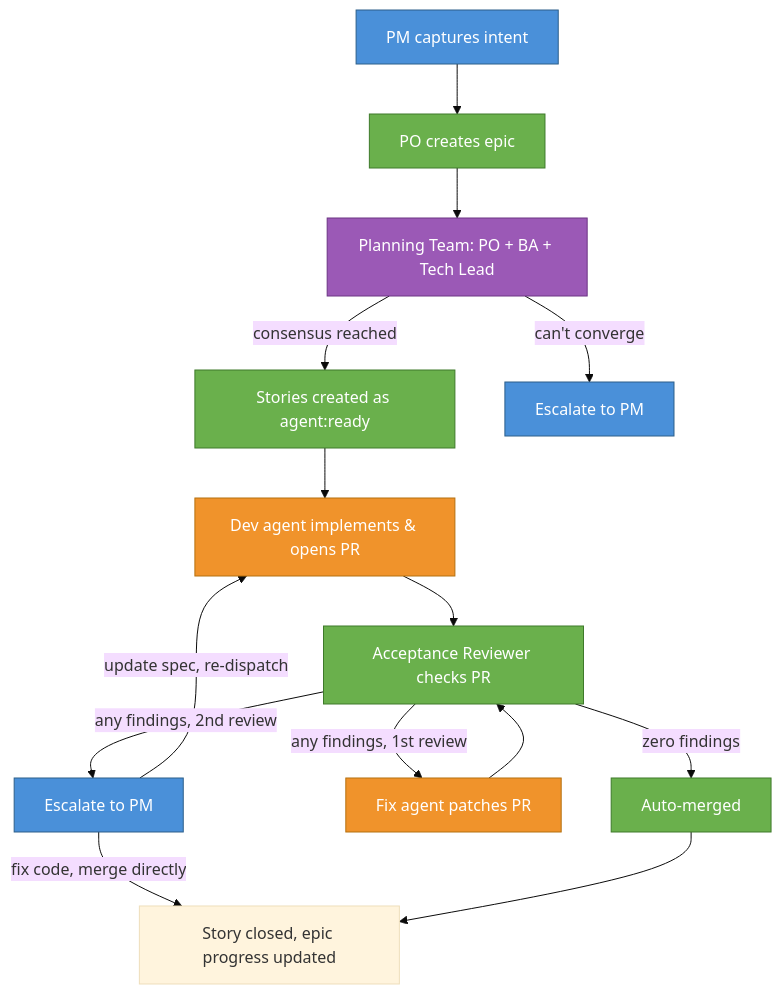
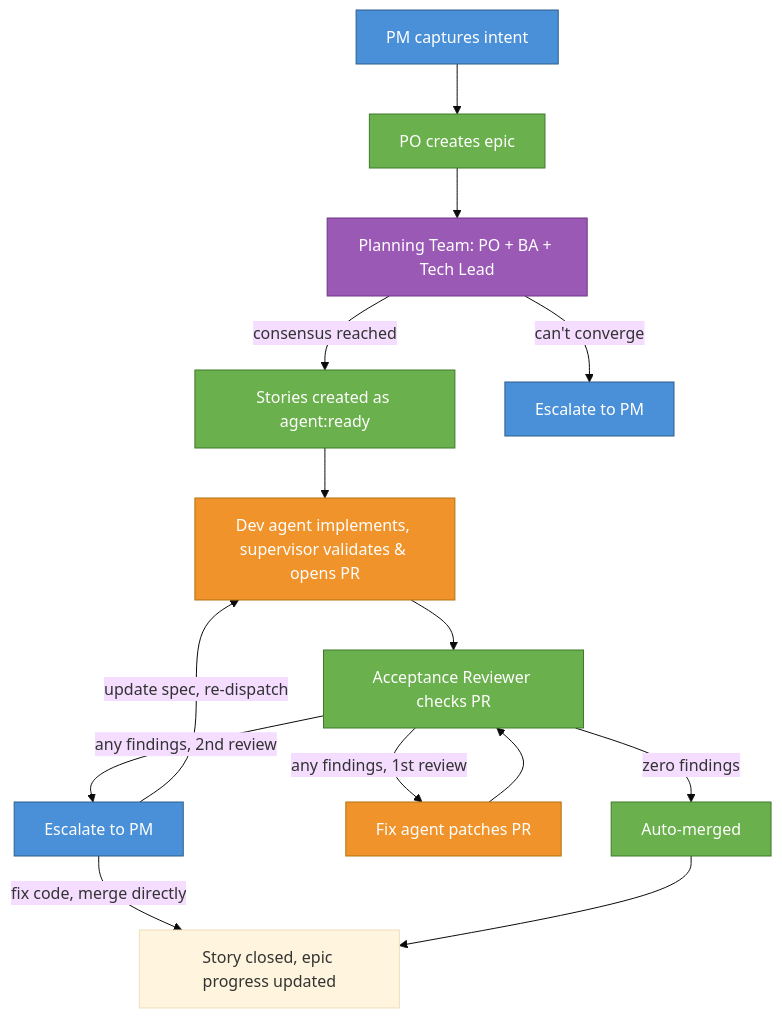
The first of 3 diagrams in docs/development/autonomous-dev-team.md (cfg-is/cfgms), drawn with Mermaid (base theme) before and after one commit. The commit also changed other lines of this file and 12 other files, not shown here.

````diff
--- a/docs/development/autonomous-dev-team.md
+++ b/docs/development/autonomous-dev-team.md
@@ -24,21 +24,21 @@
 ```mermaid
 flowchart TD
     PM[PM captures intent]:::human --> PO[PO creates epic]:::agent
     PO --> TEAM[Planning Team: PO + BA + Tech Lead]:::team
     TEAM -->|consensus reached| STORIES[Stories created as agent:ready]:::agent
     TEAM -->|can't converge| BLOCKED_PLAN[Escalate to PM]:::human
-    STORIES --> DEV[Dev agent implements & opens PR]:::container
+    STORIES --> DEV[Dev agent implements, supervisor validates & opens PR]:::container
     DEV --> AR[Acceptance Reviewer checks PR]:::agent
     AR -->|zero findings| MERGE[Auto-merged]:::agent
     AR -->|any findings, 1st review| FIX[Fix agent patches PR]:::container
     FIX --> AR
     AR -->|any findings, 2nd review| BLOCKED[Escalate to PM]:::human
     BLOCKED -->|update spec, re-dispatch| DEV
     BLOCKED -->|fix code, merge directly| DONE
     MERGE --> DONE[Story closed, epic progress updated]
 
     classDef human fill:#4a90d9,stroke:#2c5f8a,color:#fff
     classDef agent fill:#6ab04c,stroke:#3e7a2a,color:#fff
     classDef container fill:#f0932b,stroke:#b5700f,color:#fff
     classDef team fill:#9b59b6,stroke:#6c3483,color:#fff
 ```
````
